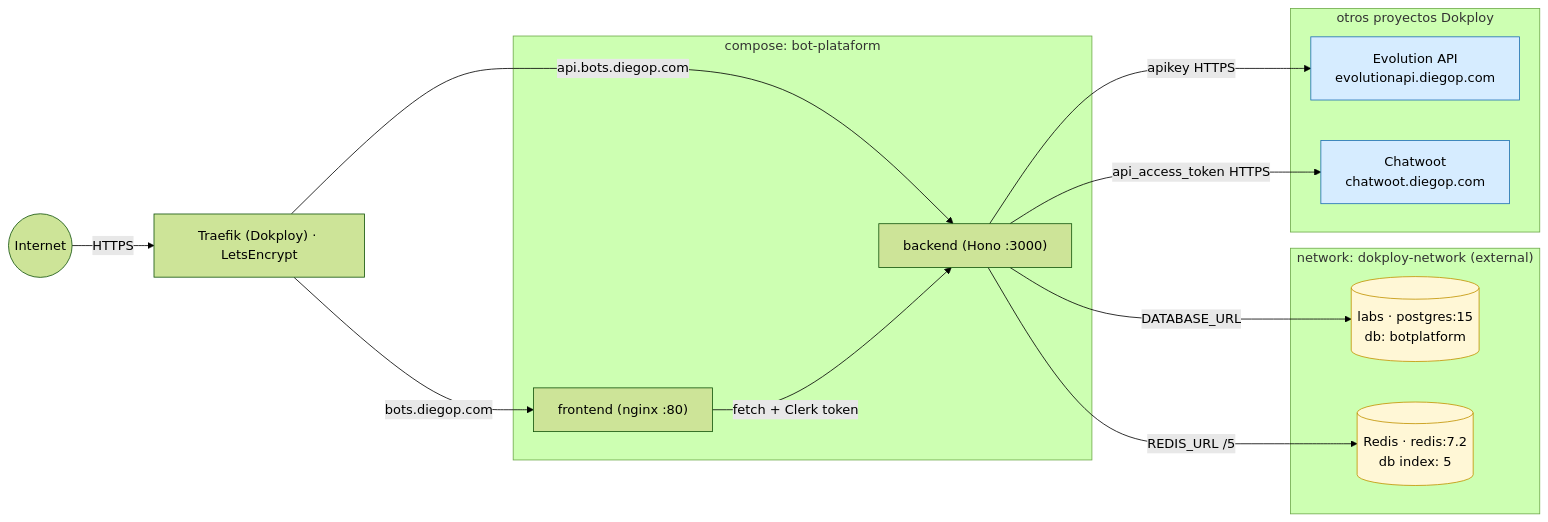
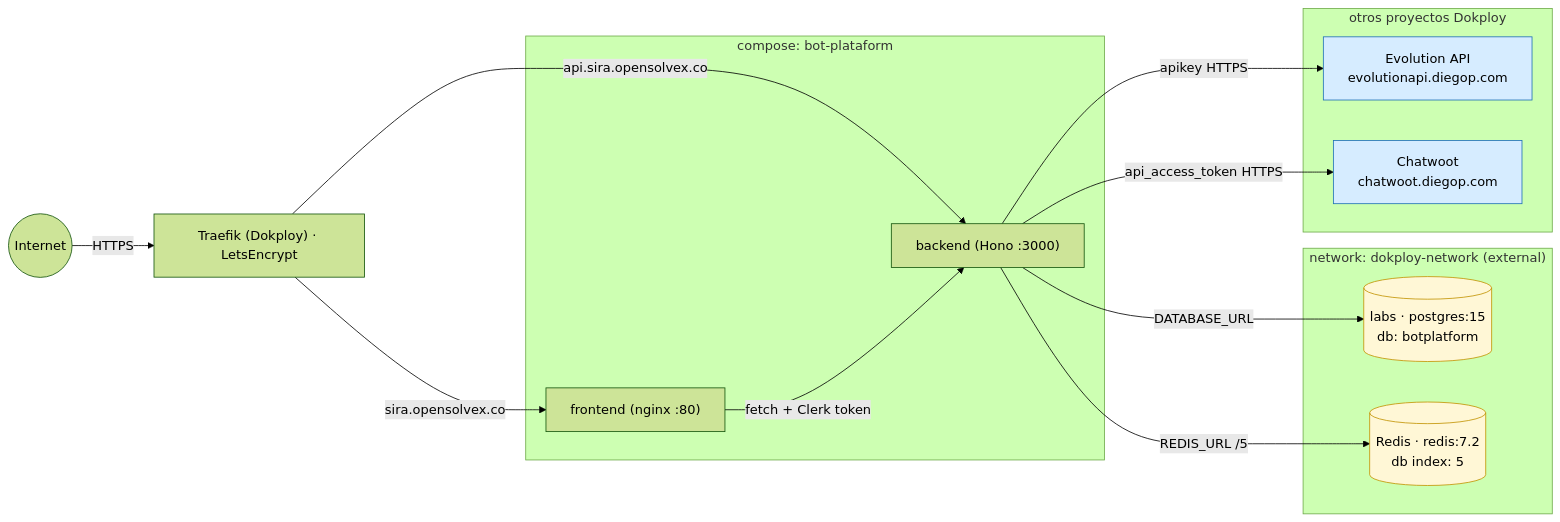
The diagram in infra/dokploy/README.md (diegoapb/bot-platform), drawn with Mermaid (forest theme) before and after one commit. The commit also changed other lines of this file and 7 other files, not shown here.

````diff
--- a/infra/dokploy/README.md
+++ b/infra/dokploy/README.md
@@ -15,31 +15,31 @@
 ```mermaid
 flowchart LR
   Internet((Internet)) -->|HTTPS| Traefik["Traefik (Dokploy) · LetsEncrypt"]
-  Traefik -->|bots.diegop.com| FE["frontend (nginx :80)"]
-  Traefik -->|api.bots.diegop.com| BE["backend (Hono :3000)"]
+  Traefik -->|sira.opensolvex.co| FE["frontend (nginx :80)"]
+  Traefik -->|api.sira.opensolvex.co| BE["backend (Hono :3000)"]
 
   subgraph Compose["compose: bot-plataform"]
     FE
     BE
   end
 
   subgraph Net["network: dokploy-network (external)"]
     PG[("labs · postgres:15<br/>db: botplatform")]
     RD[("Redis · redis:7.2<br/>db index: 5")]
   end
   subgraph Dokploy["otros proyectos Dokploy"]
     EA["Evolution API<br/>evolutionapi.diegop.com"]
     CW["Chatwoot<br/>chatwoot.diegop.com"]
   end
 
   BE -->|DATABASE_URL| PG
   BE -->|REDIS_URL /5| RD
   BE -->|apikey HTTPS| EA
   BE -->|api_access_token HTTPS| CW
   FE -->|fetch + Clerk token| BE
 
   classDef shared fill:#fff7d6,stroke:#c19200,color:#000
   classDef ext fill:#d6ecff,stroke:#1e6fb5,color:#000
   class PG,RD shared
   class EA,CW ext
 ```
````
